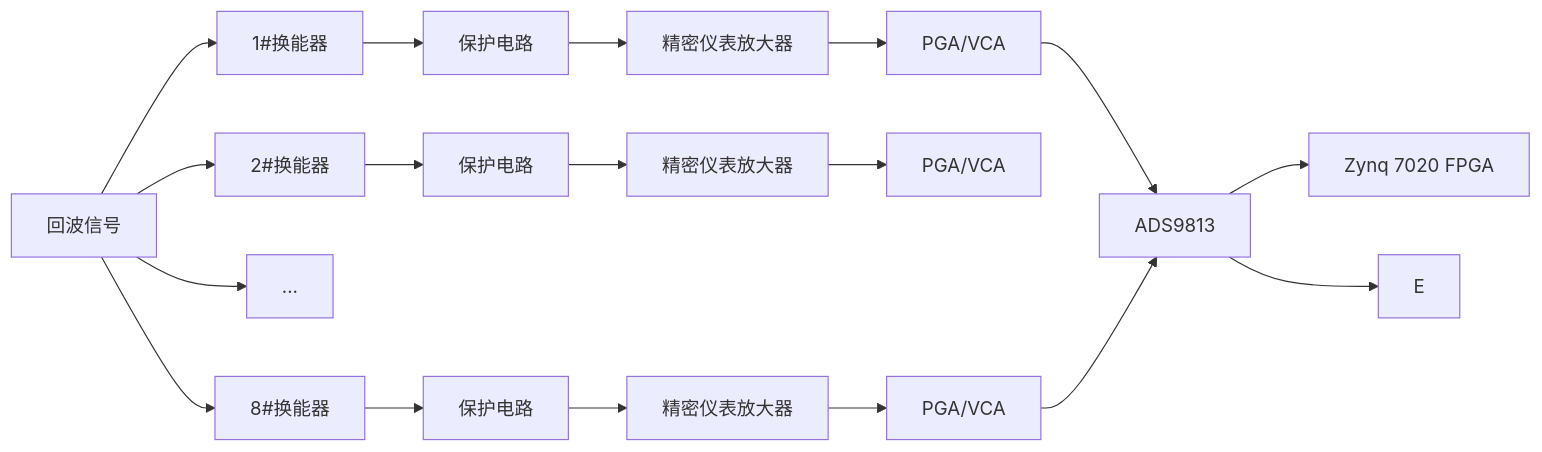
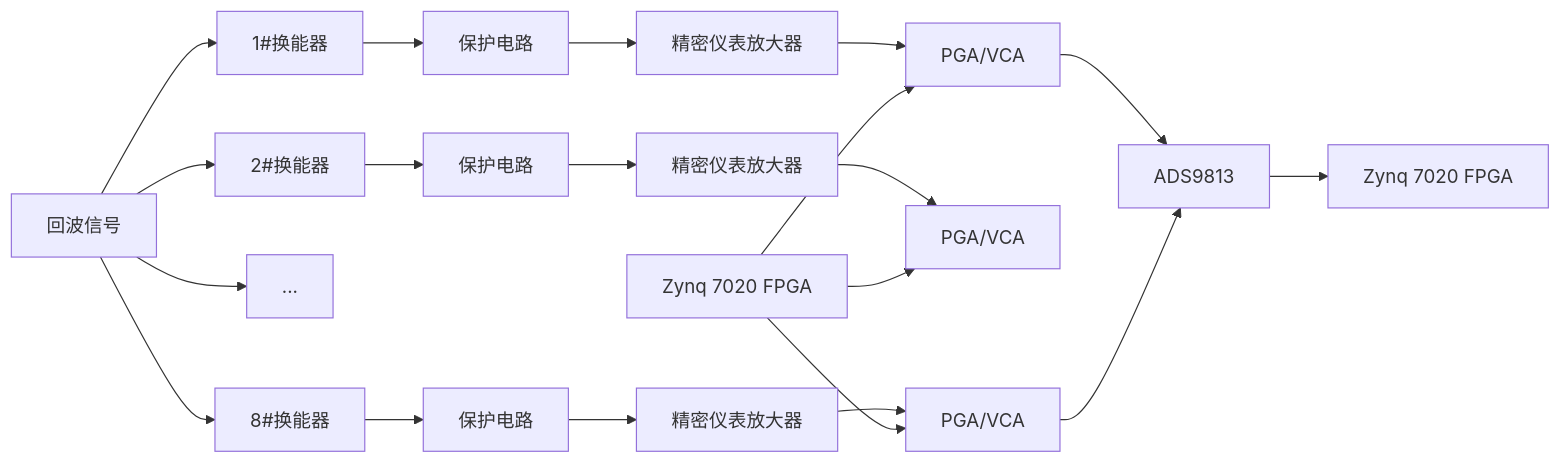
One commit to Rukawa15/iodraw-files changed the diagram in all/多通道同步采集-1.md. Above: the diagram before and after it, drawn with Mermaid.

Commit message:
2025-06-19 14:11:44 update

````diff
--- a/all/多通道同步采集-1.md
+++ b/all/多通道同步采集-1.md
@@ -1,23 +1,25 @@
 ```mermaid
 graph LR
 A[回波信号]
 A --> B1[1#换能器]
 A --> B2[2#换能器]
 A --> ...
 A --> B8[8#换能器]
 B1 --> C1[保护电路]
 B2 --> C2[保护电路]
 B8 --> C8[保护电路]
 
 C1 --> D1[精密仪表放大器]
 C2 --> D2[精密仪表放大器] 
 C8 --> D8[精密仪表放大器] 
 D1 --> E1[PGA/VCA]
 D2 --> E2[PGA/VCA] 
 D8 --> E8[PGA/VCA] 
 E1 --> F[ADS9813]
 E8 --> F[ADS9813] 
 F --> G[Zynq 7020 FPGA]
-F --> E
 
+H[Zynq 7020 FPGA] --> E1
+H[Zynq 7020 FPGA] --> E2
+H[Zynq 7020 FPGA] --> E8
 ```
````
